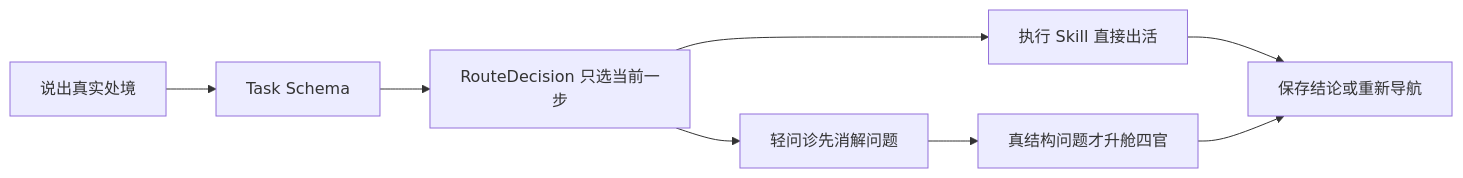
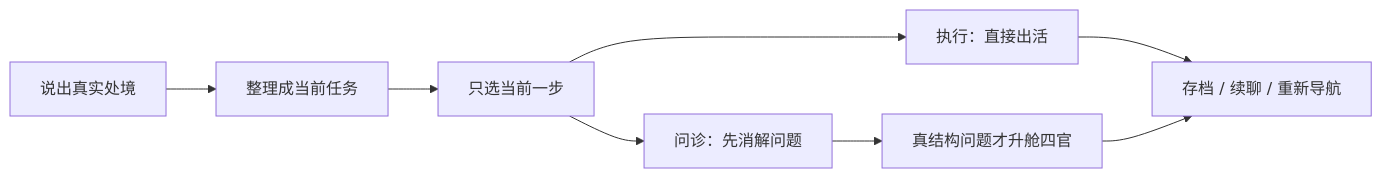
The diagram in README.md (maojiebc/majia-siyu-team), drawn with Mermaid before and after one commit. The commit also changed other lines of this file and 52 other files, not shown here.

````diff
--- a/README.md
+++ b/README.md
@@ -101,10 +181,10 @@
 ```mermaid
 flowchart LR
-    A["说出真实处境"] --> B["Task Schema"]
-    B --> C["RouteDecision 只选当前一步"]
-    C --> D["执行 Skill 直接出活"]
-    C --> E["轻问诊先消解问题"]
+    A["说出真实处境"] --> B["整理成当前任务"]
+    B --> C["只选当前一步"]
+    C --> D["执行：直接出活"]
+    C --> E["问诊：先消解问题"]
     E --> F["真结构问题才升舱四官"]
-    D --> G["保存结论或重新导航"]
+    D --> G["存档 / 续聊 / 重新导航"]
     F --> G
 ```
````
